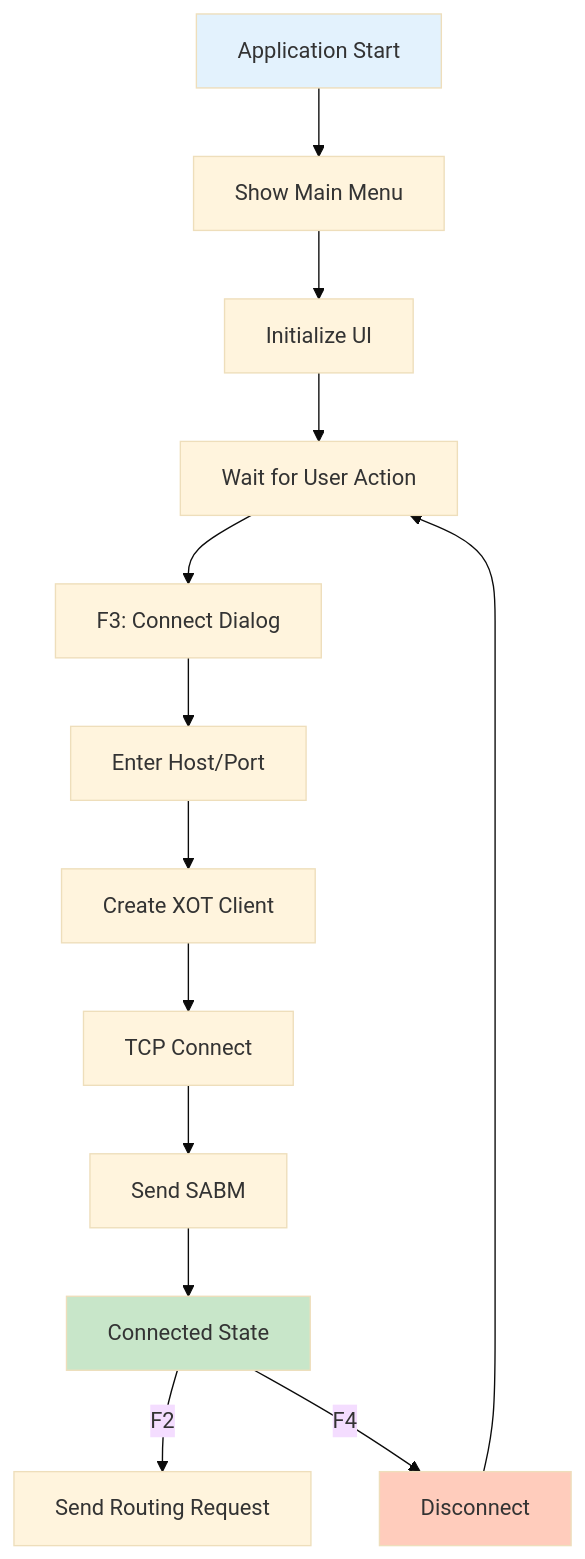
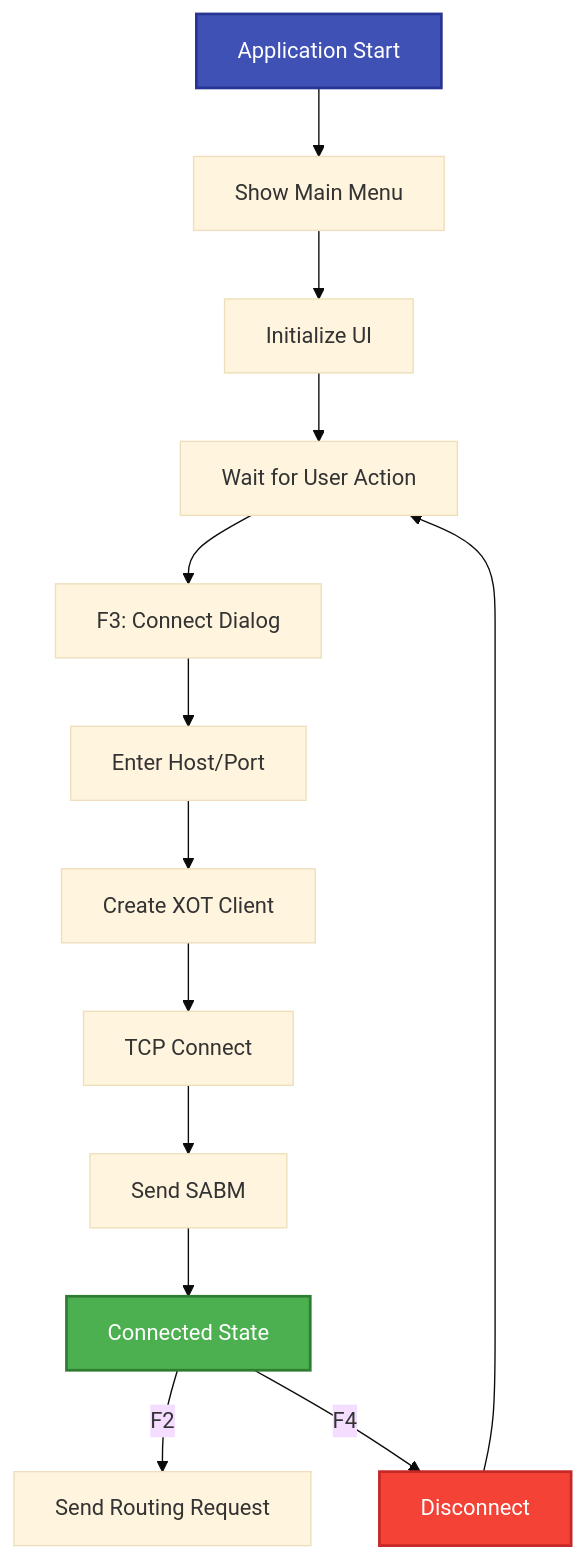
One commit to RetroCoreLabs/RetroX25 changed the eighth of 9 diagrams in src/RetroX25.Xot/README.md. Above: the diagram before and after it, drawn with Mermaid (base theme). The commit also changed other lines of this file and 10 other files, not shown here.

````diff
--- a/src/RetroX25.Xot/README.md
+++ b/src/RetroX25.Xot/README.md
@@ -330,31 +438,31 @@
 ```mermaid
 graph TB
     START[Application Start]
     MENU[Show Main Menu]
     INIT[Initialize UI]
     WAIT[Wait for User Action]
     CONNECT[F3: Connect Dialog]
     HOST[Enter Host/Port]
     XOT[Create XOT Client]
     TCP[TCP Connect]
     LAPB[Send SABM]
     CONNECTED[Connected State]
 
     START --> MENU
     MENU --> INIT
     INIT --> WAIT
     WAIT --> CONNECT
     CONNECT --> HOST
     HOST --> XOT
     XOT --> TCP
     TCP --> LAPB
     LAPB --> CONNECTED
 
     CONNECTED --> |F2| ROUTING[Send Routing Request]
     CONNECTED --> |F4| DISCONNECT[Disconnect]
     DISCONNECT --> WAIT
 
-    style START fill:#e3f2fd
-    style CONNECTED fill:#c8e6c9
-    style DISCONNECT fill:#ffccbc
+    style START fill:#3F51B5,stroke:#283593,stroke-width:2px,color:#fff
+    style CONNECTED fill:#4CAF50,stroke:#2E7D32,stroke-width:2px,color:#fff
+    style DISCONNECT fill:#F44336,stroke:#C62828,stroke-width:2px,color:#fff
 ```
````
